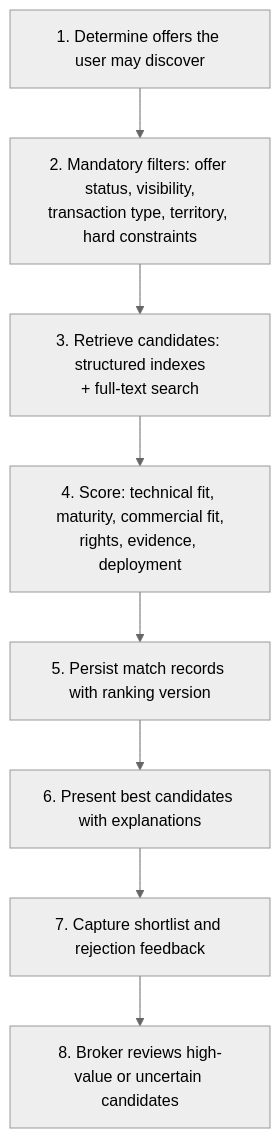
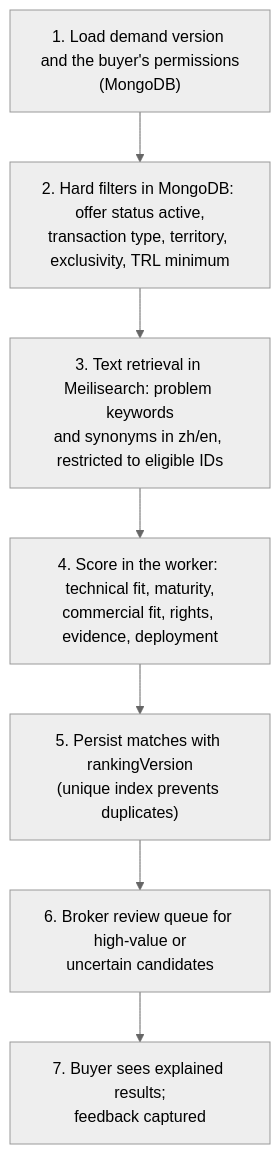
The tenth of 13 diagrams in 06-implementation-design-v1.md (greensoft-atom/tex-platform), drawn with Mermaid (neutral theme) before and after one commit. The commit also changed other lines of this file and 25 other files, not shown here.

````diff
--- a/06-implementation-design-v1.md
+++ b/06-implementation-design-v1.md
@@ -1522,10 +1384,9 @@
 ```mermaid
 flowchart TD
-    A["1. Determine offers the user may discover"] --> B["2. Mandatory filters: offer status, visibility,<br/>transaction type, territory, hard constraints"]
-    B --> C["3. Retrieve candidates: structured indexes<br/>+ full-text search"]
-    C --> D["4. Score: technical fit, maturity, commercial fit,<br/>rights, evidence, deployment"]
-    D --> E["5. Persist match records with ranking version"]
-    E --> F["6. Present best candidates with explanations"]
-    F --> G["7. Capture shortlist and rejection feedback"]
-    G --> H["8. Broker reviews high-value or uncertain candidates"]
+    A["1. Load demand version and the buyer's permissions<br/>(MongoDB)"] --> B["2. Hard filters in MongoDB: offer status active,<br/>transaction type, territory, exclusivity, TRL minimum"]
+    B --> C["3. Text retrieval in Meilisearch: problem keywords<br/>and synonyms in zh/en, restricted to eligible IDs"]
+    C --> D["4. Score in the worker: technical fit, maturity,<br/>commercial fit, rights, evidence, deployment"]
+    D --> E["5. Persist matches with rankingVersion<br/>(unique index prevents duplicates)"]
+    E --> F["6. Broker review queue for high-value or<br/>uncertain candidates"]
+    F --> G["7. Buyer sees explained results;<br/>feedback captured"]
 ```
````
